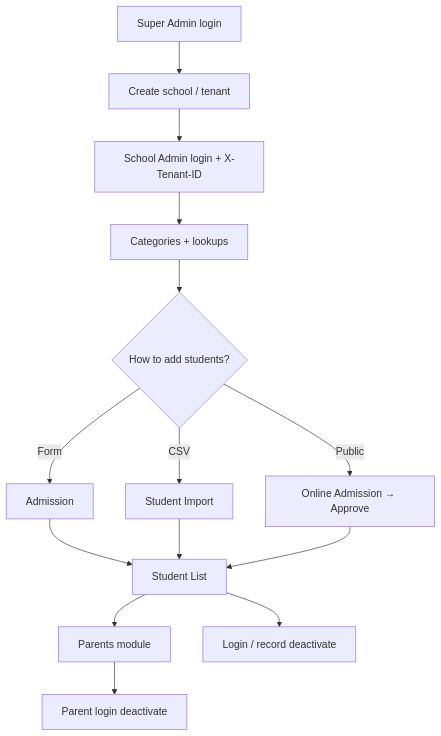
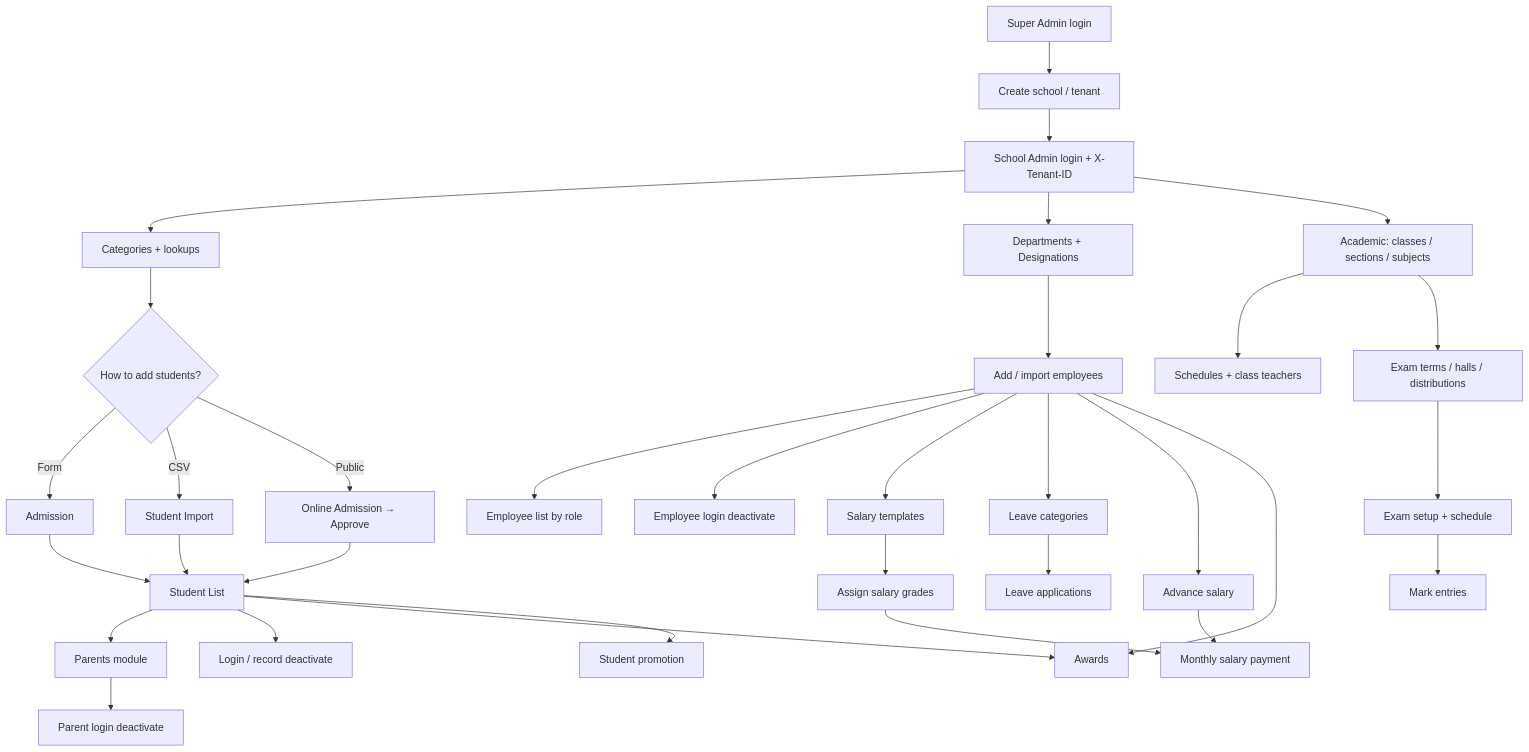
One commit to mirzasaikatahmmed/SaaS-based-School-Management-System-API changed the diagram in docs/MODULES.md. Above: the diagram before and after it, drawn with Mermaid. The commit also changed other lines of this file and 223 other files, not shown here.

````diff
--- a/docs/MODULES.md
+++ b/docs/MODULES.md
@@ -32,16 +38,35 @@
 ```mermaid
 flowchart TD
   A[Super Admin login] --> B[Create school / tenant]
   B --> C[School Admin login + X-Tenant-ID]
   C --> D[Categories + lookups]
   D --> E{How to add students?}
   E -->|Form| F[Admission]
   E -->|CSV| G[Student Import]
   E -->|Public| H[Online Admission → Approve]
   F --> I[Student List]
   G --> I
   H --> I
   I --> J[Parents module]
   I --> K[Login / record deactivate]
   J --> L[Parent login deactivate]
+  C --> M[Departments + Designations]
+  M --> N[Add / import employees]
+  N --> O[Employee list by role]
+  N --> P[Employee login deactivate]
+  N --> Q[Salary templates]
+  Q --> R[Assign salary grades]
+  R --> S[Monthly salary payment]
+  N --> T[Leave categories]
+  T --> U[Leave applications]
+  N --> V[Advance salary]
+  V --> S
+  N --> W[Awards]
+  I --> W
+  C --> AC[Academic: classes / sections / subjects]
+  AC --> SCH[Schedules + class teachers]
+  I --> PRO[Student promotion]
+  AC --> EX[Exam terms / halls / distributions]
+  EX --> ES[Exam setup + schedule]
+  ES --> ME[Mark entries]
 ```
````
